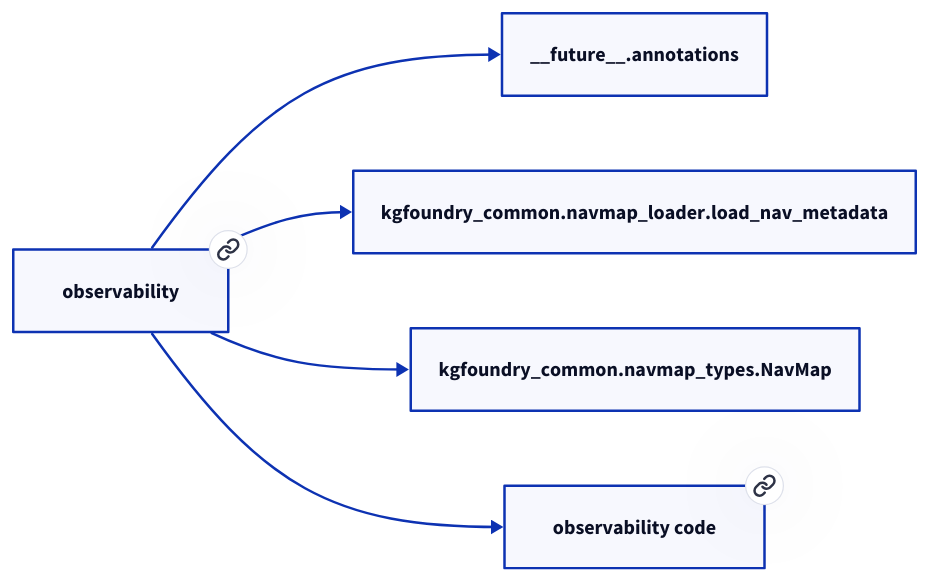
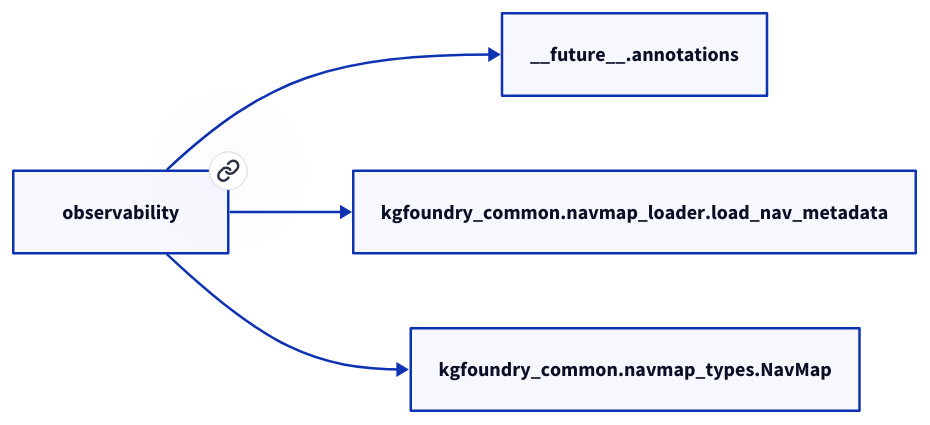
The diagram in docs/modules/observability.md (paul-heyse/kgforge), drawn with D2 before and after one commit. The commit also changed other lines of this file and 118 other files, not shown here.

````diff
--- a/docs/modules/observability.md
+++ b/docs/modules/observability.md
@@ -17,12 +15,10 @@
 ```d2
 direction: right
-"observability": "observability" { link: "./observability.md" }
+"observability": "observability" { link: "observability.md" }
 "__future__.annotations": "__future__.annotations"
 "observability" -> "__future__.annotations"
 "kgfoundry_common.navmap_loader.load_nav_metadata": "kgfoundry_common.navmap_loader.load_nav_metadata"
 "observability" -> "kgfoundry_common.navmap_loader.load_nav_metadata"
 "kgfoundry_common.navmap_types.NavMap": "kgfoundry_common.navmap_types.NavMap"
 "observability" -> "kgfoundry_common.navmap_types.NavMap"
-"observability_code": "observability code" { link: "https://github.com/kgfoundry/kgfoundry/blob/main/src/observability/__init__.py" }
-"observability" -> "observability_code" { style: dashed }
 ```
````
